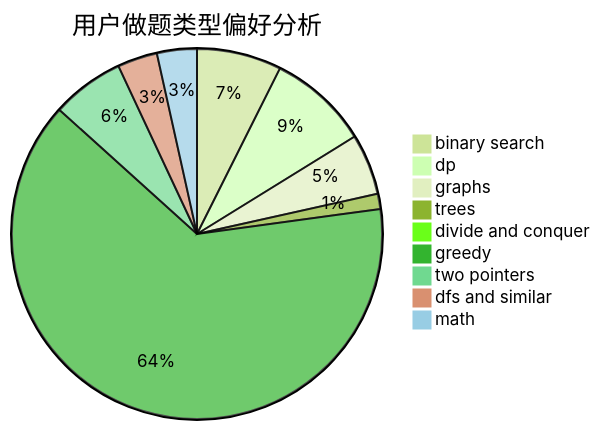
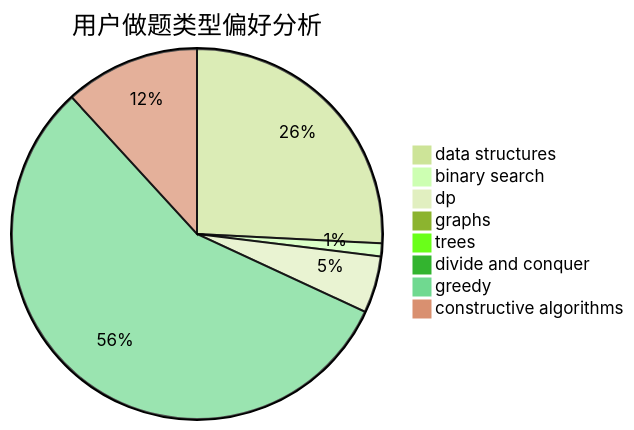
One commit to sherpahu/cfrs.github.io changed the second of 3 diagrams in docs/user/u737.md. Above: the diagram before and after it, drawn with Mermaid (forest theme). The commit also changed other lines of this file and 2775 other files, not shown here.

````diff
--- a/docs/user/u737.md
+++ b/docs/user/u737.md
@@ -23,12 +23,11 @@
 ```mermaid
 pie title 用户做题类型偏好分析
-    "binary search" :  121
-    "dp" :  144
-    "graphs" :  87
-    "trees" :  22
-    "divide and conquer" :  6
-    "greedy" :  1045
-    "two pointers" :  104
-    "dfs and similar" :  57
-    "math" :  57
+    "data structures" :  385
+    "binary search" :  17
+    "dp" :  74
+    "graphs" :  5
+    "trees" :  9
+    "divide and conquer" :  0
+    "greedy" :  840
+    "constructive algorithms" :  176
 ```
````
